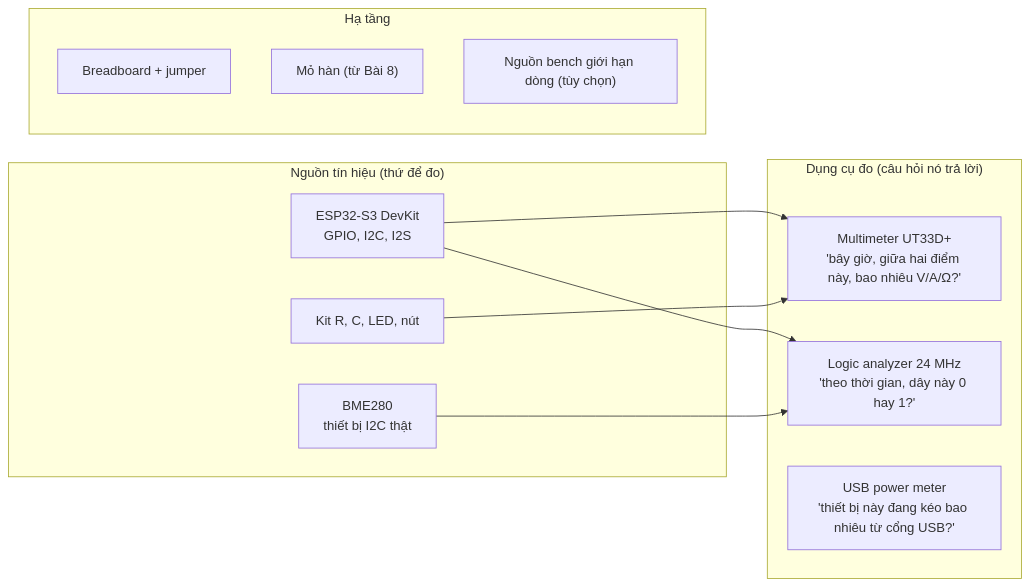
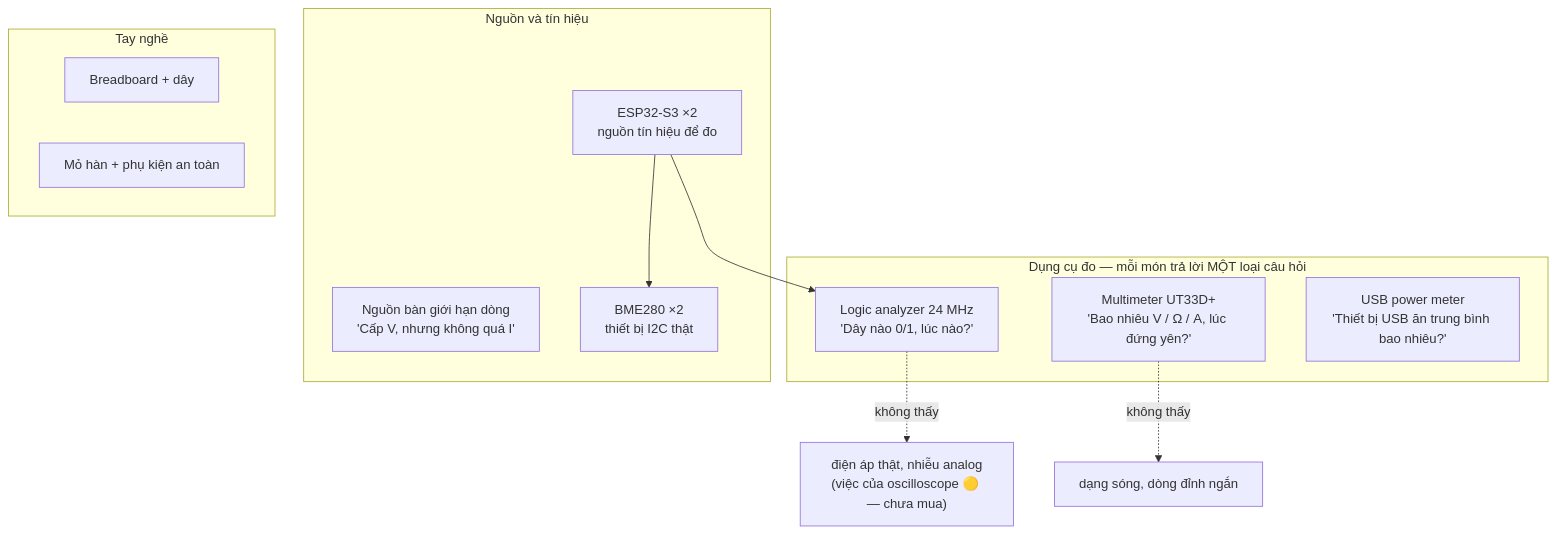
The first of 4 diagrams in giao-trinh/khoa-1/phan-b-dung-cu.md (mrleloi/robotics-lab), drawn with Mermaid before and after one commit. The commit also changed other lines of this file and 6 other files, not shown here.

````diff
--- a/giao-trinh/khoa-1/phan-b-dung-cu.md
+++ b/giao-trinh/khoa-1/phan-b-dung-cu.md
@@ -19,22 +25,21 @@
 ```mermaid
-flowchart LR
-    subgraph Nguon["Nguồn tín hiệu (thứ để đo)"]
-        E["ESP32-S3 DevKit<br/>GPIO, I2C, I2S"]
-        B["BME280<br/>thiết bị I2C thật"]
-        K["Kit R, C, LED, nút"]
+flowchart TB
+    subgraph DO["Dụng cụ đo — mỗi món trả lời MỘT loại câu hỏi"]
+        DMM["Multimeter UT33D+<br/>'Bao nhiêu V / Ω / A, lúc đứng yên?'"]
+        LA["Logic analyzer 24 MHz<br/>'Dây nào 0/1, lúc nào?'"]
+        UPM["USB power meter<br/>'Thiết bị USB ăn trung bình bao nhiêu?'"]
     end
-    subgraph Do["Dụng cụ đo (câu hỏi nó trả lời)"]
-        M["Multimeter UT33D+<br/>'bây giờ, giữa hai điểm này, bao nhiêu V/A/Ω?'"]
-        LA["Logic analyzer 24 MHz<br/>'theo thời gian, dây này 0 hay 1?'"]
-        PM["USB power meter<br/>'thiết bị này đang kéo bao nhiêu từ cổng USB?'"]
+    subgraph CAP["Nguồn và tín hiệu"]
+        PSU["Nguồn bàn giới hạn dòng<br/>'Cấp V, nhưng không quá I'"]
+        ESP["ESP32-S3 ×2<br/>nguồn tín hiệu để đo"]
+        BME["BME280 ×2<br/>thiết bị I2C thật"]
     end
-    subgraph Ha["Hạ tầng"]
-        BB["Breadboard + jumper"]
-        H["Mỏ hàn (từ Bài 8)"]
-        PS["Nguồn bench giới hạn dòng (tùy chọn)"]
+    subgraph TAY["Tay nghề"]
+        BB["Breadboard + dây"]
+        IRON["Mỏ hàn + phụ kiện an toàn"]
     end
-    E --> M
-    E --> LA
-    B --> LA
-    K --> M
+    ESP --> LA
+    ESP --> BME
+    DMM -.->|"không thấy"| X1["dạng sóng, dòng đỉnh ngắn"]
+    LA -.->|"không thấy"| X2["điện áp thật, nhiễu analog<br/>(việc của oscilloscope 🟡 — chưa mua)"]
 ```
````
